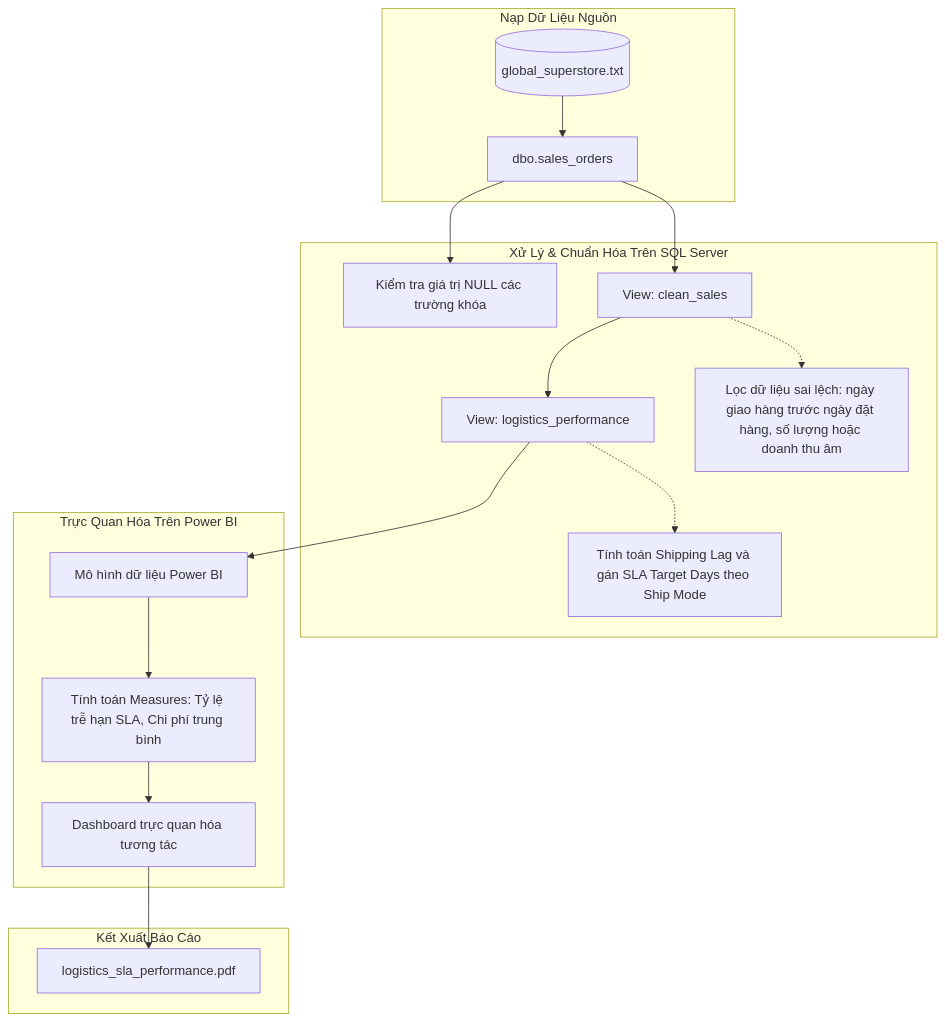
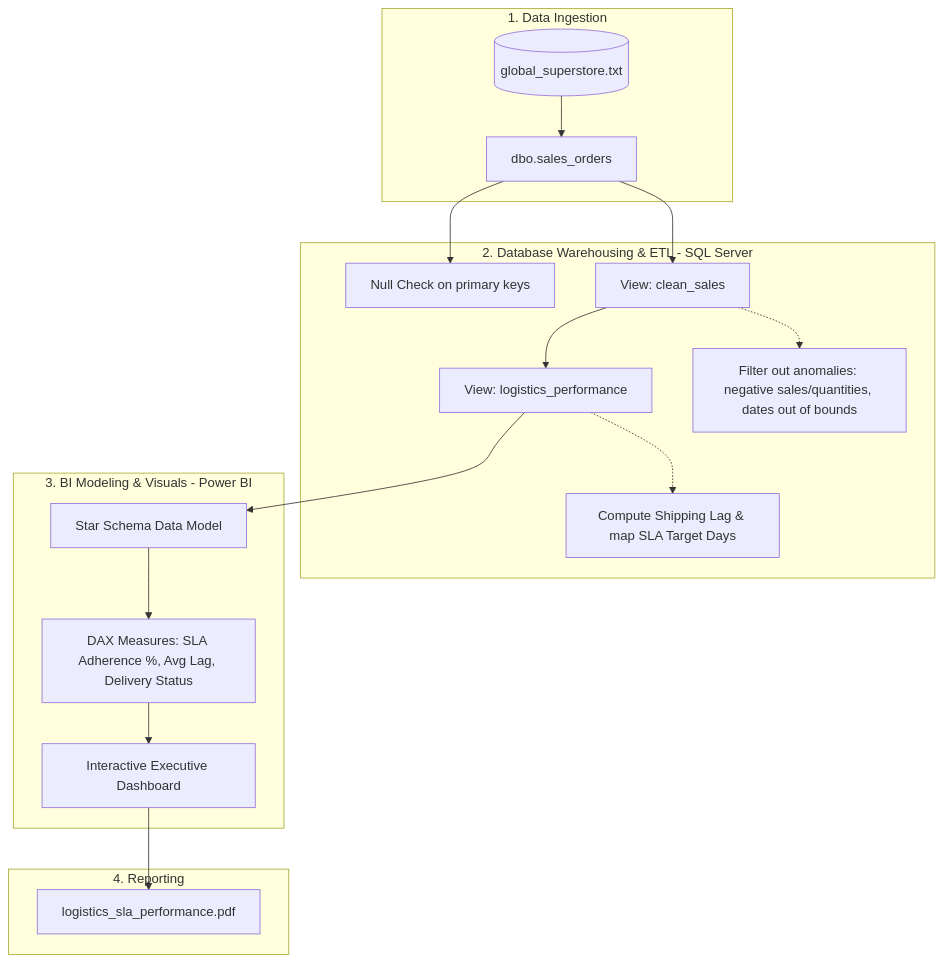
The diagram in Global-Superstore-Logistics-Project/README.md (Hongdao-nn/Portfolio-Projects), drawn with Mermaid before and after one commit. The commit also changed other lines of this file and 16 other files, not shown here.

````diff
--- a/Global-Superstore-Logistics-Project/README.md
+++ b/Global-Superstore-Logistics-Project/README.md
@@ -66,28 +63,28 @@
 ```mermaid
 graph TD
-    subgraph Ingestion [Nạp Dữ Liệu Nguồn]
+    subgraph Ingestion [1. Data Ingestion]
         RawData[(global_superstore.txt)] --> SQLTable[dbo.sales_orders]
     end
 
-    subgraph Processing [Xử Lý & Chuẩn Hóa Trên SQL Server]
-        SQLTable --> NullCheck[Kiểm tra giá trị NULL các trường khóa]
+    subgraph Processing [2. Database Warehousing & ETL - SQL Server]
+        SQLTable --> NullCheck[Null Check on primary keys]
         SQLTable --> ViewClean[View: clean_sales]
         ViewClean --> ViewLogistics[View: logistics_performance]
         
-        note1[Lọc dữ liệu sai lệch: ngày giao hàng trước ngày đặt hàng, số lượng hoặc doanh thu âm]
-        note2[Tính toán Shipping Lag và gán SLA Target Days theo Ship Mode]
+        note1[Filter out anomalies: negative sales/quantities, dates out of bounds]
+        note2[Compute Shipping Lag & map SLA Target Days]
         
         ViewClean -.-> note1
         ViewLogistics -.-> note2
     end
 
-    subgraph Visualization [Trực Quan Hóa Trên Power BI]
-        ViewLogistics --> PowerBIModel[Mô hình dữ liệu Power BI]
-        PowerBIModel --> Measures[Tính toán Measures: Tỷ lệ trễ hạn SLA, Chi phí trung bình]
-        Measures --> PBIDashboard[Dashboard trực quan hóa tương tác]
+    subgraph Visualization [3. BI Modeling & Visuals - Power BI]
+        ViewLogistics --> PowerBIModel[Star Schema Data Model]
+        PowerBIModel --> Measures[DAX Measures: SLA Adherence %, Avg Lag, Delivery Status]
+        Measures --> PBIDashboard[Interactive Executive Dashboard]
     end
 
-    subgraph Output [Kết Xuất Báo Cáo]
+    subgraph Output [4. Reporting]
         PBIDashboard --> PDFReport[logistics_sla_performance.pdf]
     end
 ```
````
